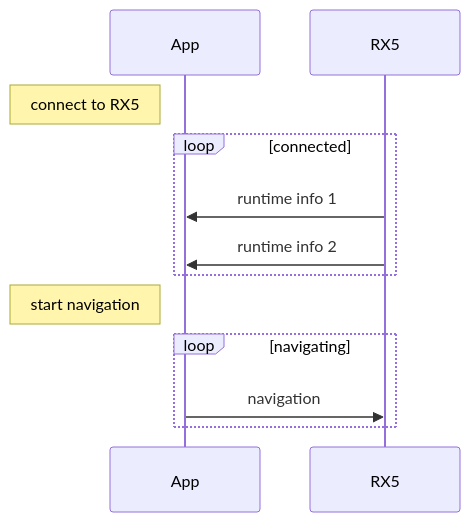
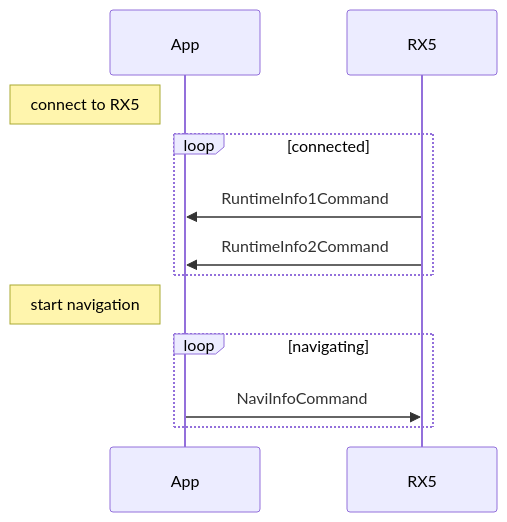
The diagram in README.md (koso-app/KosoRx5-Android), drawn with Mermaid before and after one commit.

````diff
--- a/README.md
+++ b/README.md
@@ -17,15 +17,15 @@
 ```mermaid
 sequenceDiagram
     participant App
     participant RX5
     Note left of App: connect to RX5
     loop connected
-    RX5->>App: runtime info 1
-    RX5->>App: runtime info 2
+    RX5->>App: RuntimeInfo1Command
+    RX5->>App: RuntimeInfo2Command
     end
     Note left of App: start navigation
 	loop navigating
-	App->>RX5: navigation 
+	App->>RX5: NaviInfoCommand 
 	end
 	
 ```
````
